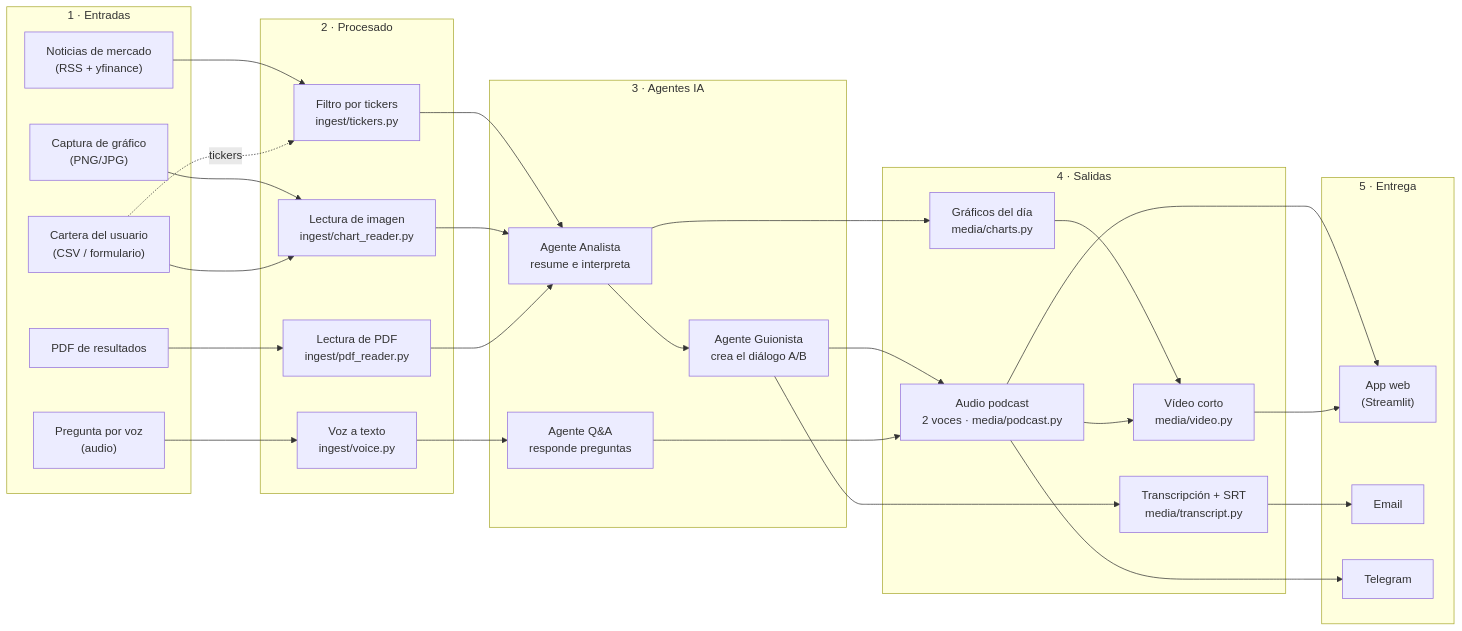
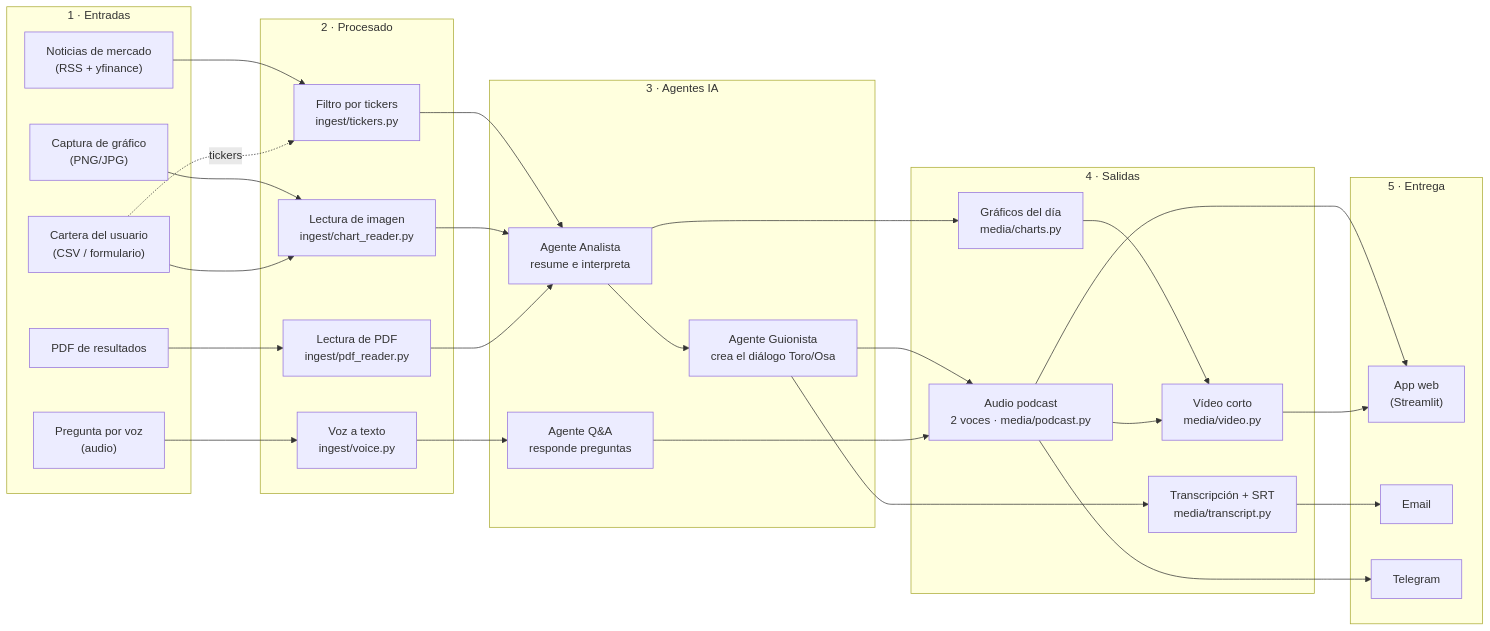
One commit to Romequinco/multimodal-market-briefer changed the first of 2 diagrams in README.md. Above: the diagram before and after it, drawn with Mermaid. The commit also changed other lines of this file and 7 other files, not shown here.

````diff
--- a/README.md
+++ b/README.md
@@ -69,61 +97,61 @@
 ```mermaid
 flowchart LR
     subgraph E["1 · Entradas"]
         N["Noticias de mercado<br/>(RSS + yfinance)"]
         G["Captura de gráfico<br/>(PNG/JPG)"]
         C["Cartera del usuario<br/>(CSV / formulario)"]
         P["PDF de resultados"]
         V["Pregunta por voz<br/>(audio)"]
     end
 
     subgraph PR["2 · Procesado"]
         FT["Filtro por tickers<br/>ingest/tickers.py"]
         LI["Lectura de imagen<br/>ingest/chart_reader.py"]
         LP["Lectura de PDF<br/>ingest/pdf_reader.py"]
         VT["Voz a texto<br/>ingest/voice.py"]
     end
 
     subgraph AG["3 · Agentes IA"]
         AN["Agente Analista<br/>resume e interpreta"]
-        GU["Agente Guionista<br/>crea el diálogo A/B"]
+        GU["Agente Guionista<br/>crea el diálogo Toro/Osa"]
         QA["Agente Q&A<br/>responde preguntas"]
     end
 
     subgraph S["4 · Salidas"]
         GD["Gráficos del día<br/>media/charts.py"]
         AU["Audio podcast<br/>2 voces · media/podcast.py"]
         TR["Transcripción + SRT<br/>media/transcript.py"]
         VI["Vídeo corto<br/>media/video.py"]
     end
 
     subgraph D["5 · Entrega"]
         W["App web<br/>(Streamlit)"]
         EM["Email"]
         TG["Telegram"]
     end
 
     N --> FT
     G --> LI
     C --> LI
     C -. tickers .-> FT
     P --> LP
     V --> VT
 
     FT --> AN
     LI --> AN
     LP --> AN
     VT --> QA
 
     AN --> GU
     AN --> GD
     GU --> AU
     GU --> TR
     QA --> AU
 
     GD --> VI
     AU --> VI
     AU --> W
     VI --> W
     TR --> EM
     AU --> TG
 ```
````
